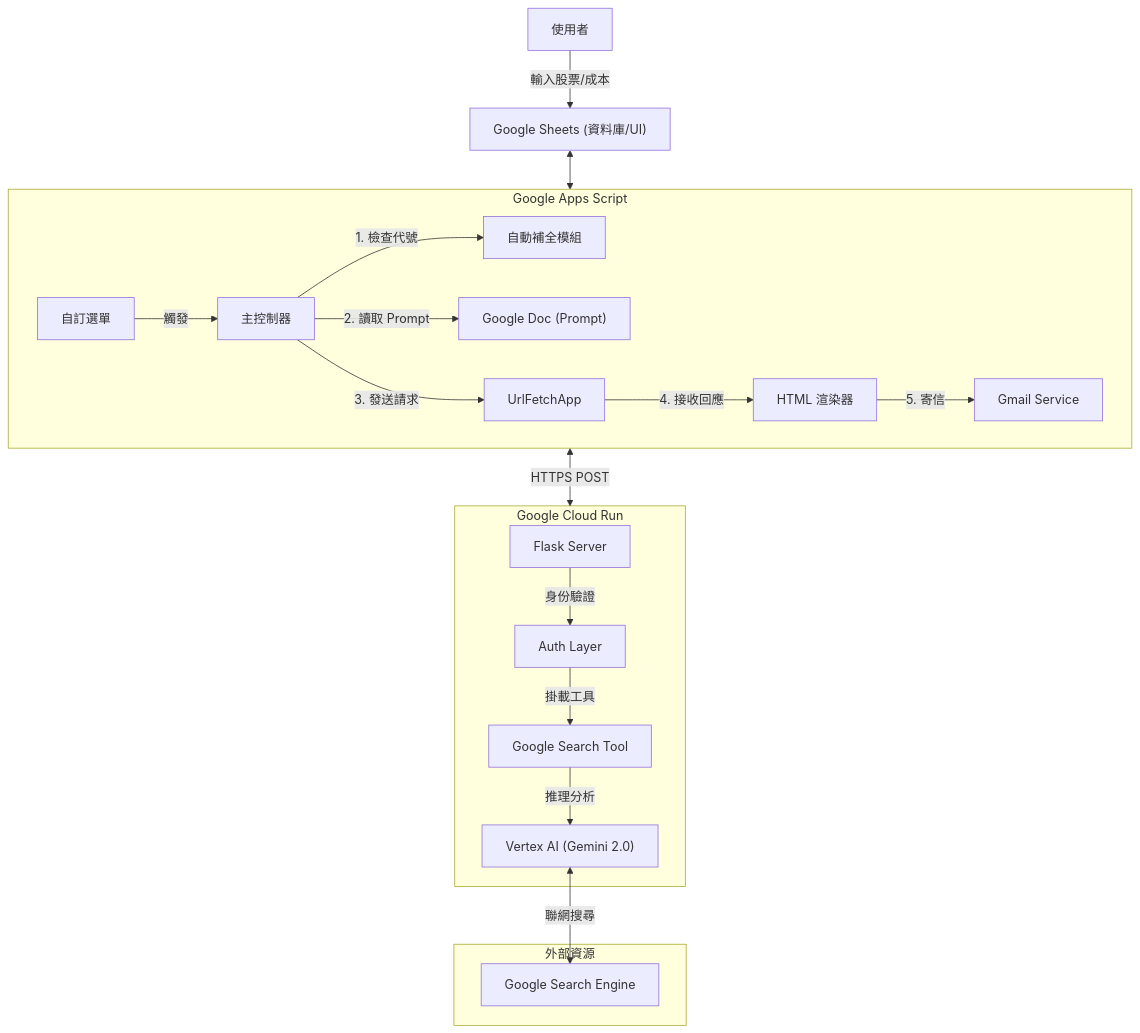
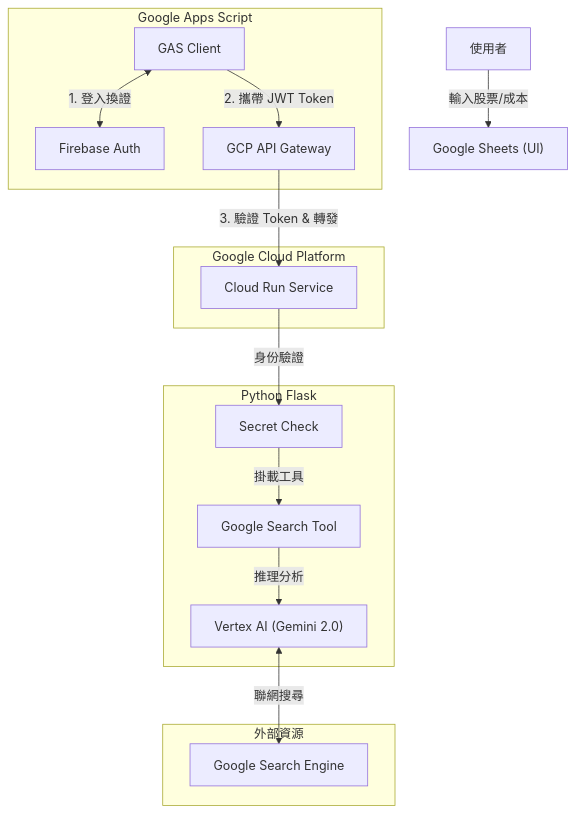
The diagram in README.md (DinoChang0926/daily-gemini-task), drawn with Mermaid before and after one commit. The commit also changed other lines of this file, not shown here.

````diff
--- a/README.md
+++ b/README.md
@@ -19,26 +17,23 @@
 ```mermaid
 graph TD
-    User[使用者] -->|輸入股票/成本| Sheet["Google Sheets (資料庫/UI)"]
+    User[使用者] -->|輸入股票/成本| Sheet["Google Sheets (UI)"]
     
     subgraph Frontend [Google Apps Script]
-        Menu[自訂選單] -->|觸發| Main[主控制器]
-        Main -->|1. 檢查代號| AutoFill[自動補全模組]
-        Main -->|2. 讀取 Prompt| Doc["Google Doc (Prompt)"]
-        Main -->|3. 發送請求| API_Call[UrlFetchApp]
-        API_Call -->|4. 接收回應| Formatter[HTML 渲染器]
-        Formatter -->|5. 寄信| Gmail[Gmail Service]
+        GAS[GAS Client] <-->|1. 登入換證| Firebase[Firebase Auth]
+        GAS -->|2. 攜帶 JWT Token| Gateway[GCP API Gateway]
     end
     
-    subgraph Backend [Google Cloud Run]
-        Flask[Flask Server] -->|身份驗證| Auth[Auth Layer]
+    subgraph Security Layer [Google Cloud Platform]
+        Gateway -->|3. 驗證 Token & 轉發| CloudRun[Cloud Run Service]
+    end
+    
+    subgraph Backend [Python Flask]
+        CloudRun -->|身份驗證| Auth[Secret Check]
         Auth -->|掛載工具| Tool[Google Search Tool]
         Tool -->|推理分析| Vertex["Vertex AI (Gemini 2.0)"]
     end
     
     subgraph External [外部資源]
         Vertex <-->|聯網搜尋| GoogleSearch[Google Search Engine]
     end
-
-    Sheet <--> Frontend
-    Frontend <-->|HTTPS POST| Backend
 ```
````
